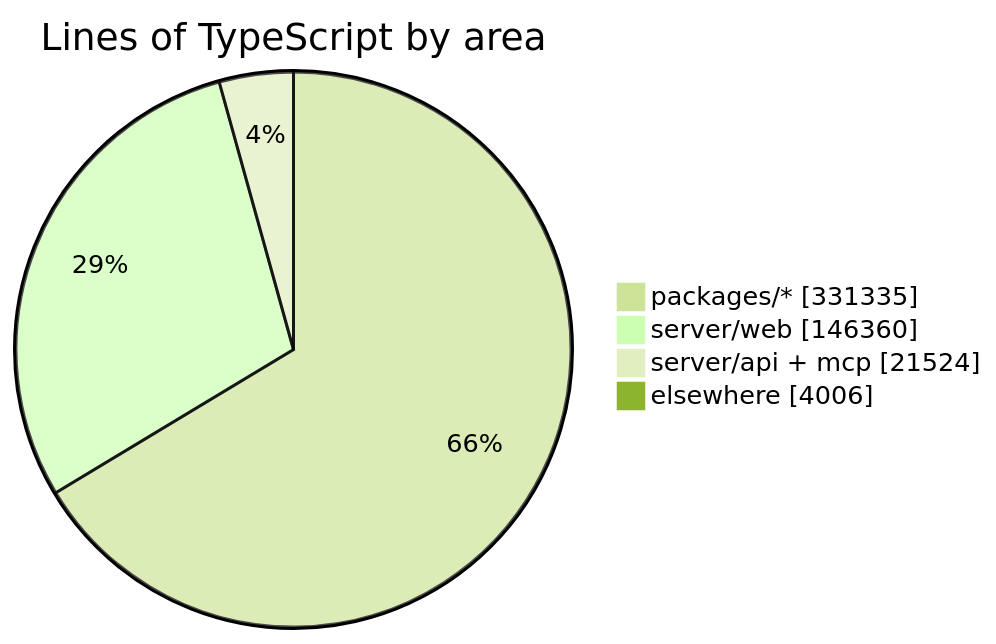
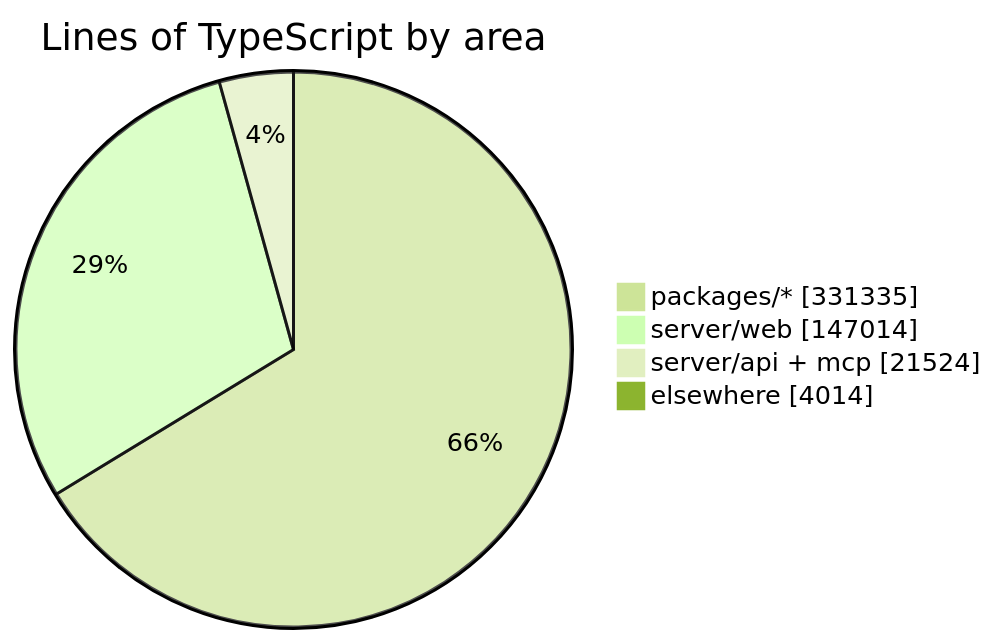
One commit to crossworks-engineering/mantle changed the diagram in README.md. Above: the diagram before and after it, drawn with Mermaid (forest theme). The commit also changed other lines of this file and 2 other files, not shown here.

````diff
--- a/README.md
+++ b/README.md
@@ -294,7 +294,7 @@
 ```mermaid
 pie showData title Lines of TypeScript by area
     "packages/*" : 331335
-    "server/web" : 146360
+    "server/web" : 147014
     "server/api + mcp" : 21524
-    "elsewhere" : 4006
+    "elsewhere" : 4014
 ```
````
